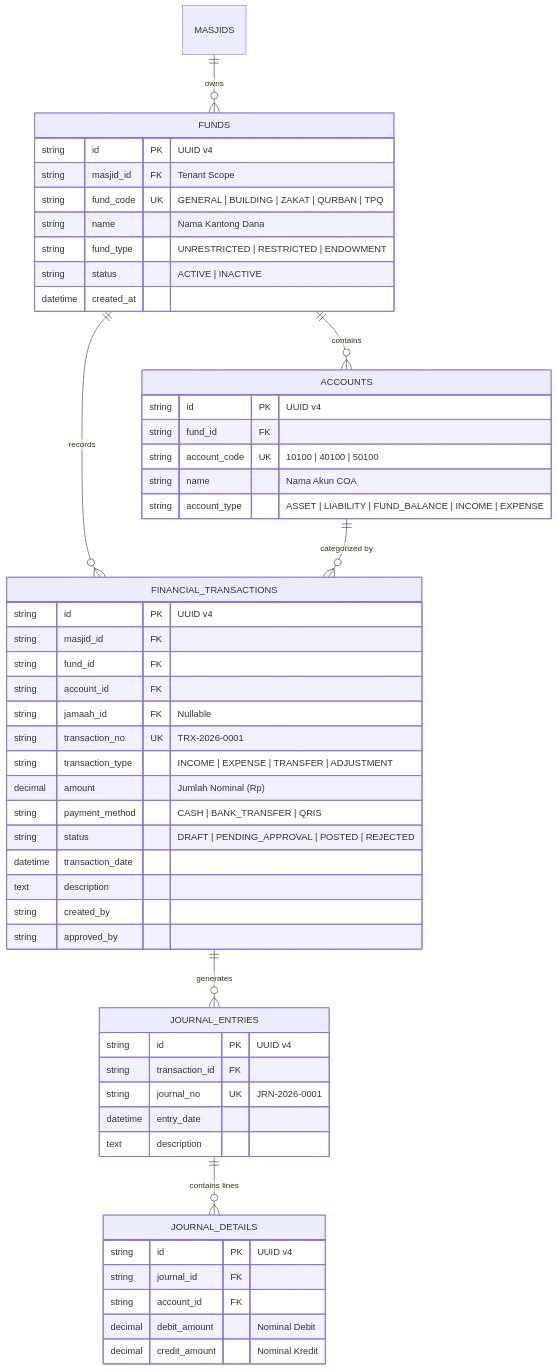
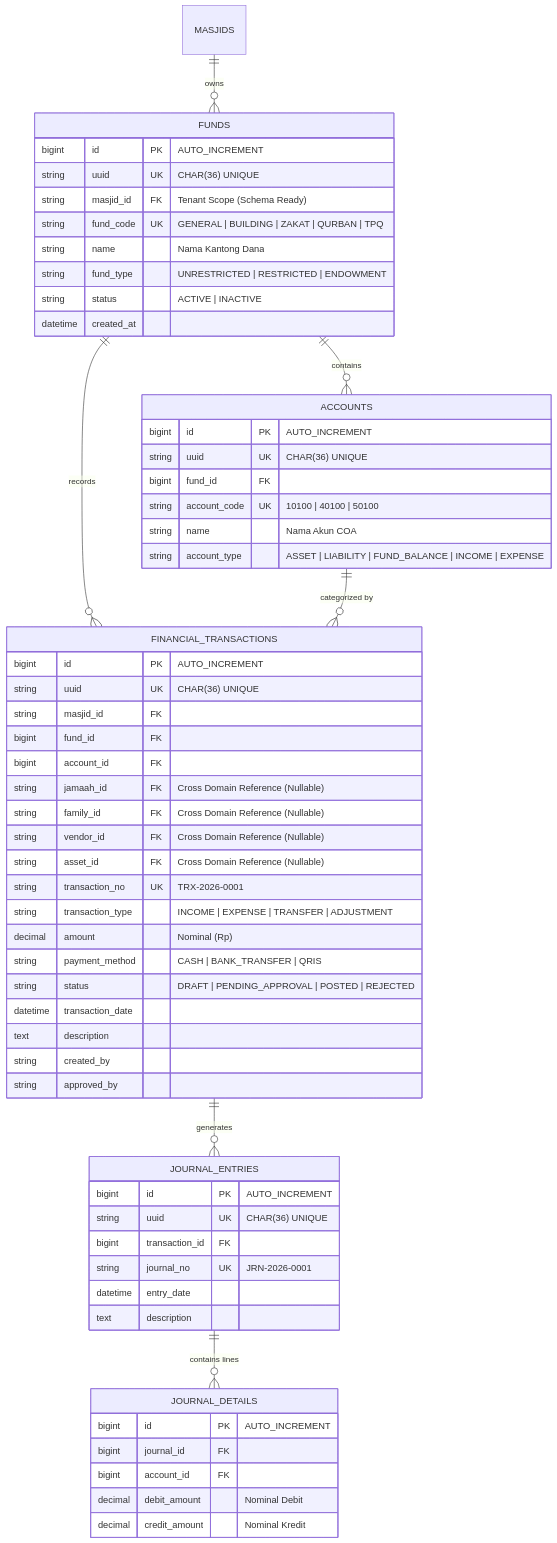
The diagram in docs/FINANCIAL_DOMAIN_ANALYSIS.md (GBU-Project/MasjidCMS), drawn with Mermaid before and after one commit. The commit also changed other lines of this file and 1 other file, not shown here.

Commit message:
docs(finance): align financial architecture with sad v1.1

````diff
--- a/docs/FINANCIAL_DOMAIN_ANALYSIS.md
+++ b/docs/FINANCIAL_DOMAIN_ANALYSIS.md
@@ -209,60 +178,67 @@
 ```mermaid
 erDiagram
     MASJIDS ||--o{ FUNDS : "owns"
     FUNDS ||--o{ ACCOUNTS : "contains"
     FUNDS ||--o{ FINANCIAL_TRANSACTIONS : "records"
     ACCOUNTS ||--o{ FINANCIAL_TRANSACTIONS : "categorized by"
     FINANCIAL_TRANSACTIONS ||--o{ JOURNAL_ENTRIES : "generates"
     JOURNAL_ENTRIES ||--o{ JOURNAL_DETAILS : "contains lines"
 
     FUNDS {
-        string id PK "UUID v4"
-        string masjid_id FK "Tenant Scope"
+        bigint id PK "AUTO_INCREMENT"
+        string uuid UK "CHAR(36) UNIQUE"
+        string masjid_id FK "Tenant Scope (Schema Ready)"
         string fund_code UK "GENERAL | BUILDING | ZAKAT | QURBAN | TPQ"
         string name "Nama Kantong Dana"
         string fund_type "UNRESTRICTED | RESTRICTED | ENDOWMENT"
         string status "ACTIVE | INACTIVE"
         datetime created_at
     }
 
     ACCOUNTS {
-        string id PK "UUID v4"
-        string fund_id FK
+        bigint id PK "AUTO_INCREMENT"
+        string uuid UK "CHAR(36) UNIQUE"
+        bigint fund_id FK
         string account_code UK "10100 | 40100 | 50100"
         string name "Nama Akun COA"
         string account_type "ASSET | LIABILITY | FUND_BALANCE | INCOME | EXPENSE"
     }
 
     FINANCIAL_TRANSACTIONS {
-        string id PK "UUID v4"
+        bigint id PK "AUTO_INCREMENT"
+        string uuid UK "CHAR(36) UNIQUE"
         string masjid_id FK
-        string fund_id FK
-        string account_id FK
-        string jamaah_id FK "Nullable"
+        bigint fund_id FK
+        bigint account_id FK
+        string jamaah_id FK "Cross Domain Reference (Nullable)"
+        string family_id FK "Cross Domain Reference (Nullable)"
+        string vendor_id FK "Cross Domain Reference (Nullable)"
+        string asset_id FK "Cross Domain Reference (Nullable)"
         string transaction_no UK "TRX-2026-0001"
         string transaction_type "INCOME | EXPENSE | TRANSFER | ADJUSTMENT"
-        decimal amount "Jumlah Nominal (Rp)"
+        decimal amount "Nominal (Rp)"
         string payment_method "CASH | BANK_TRANSFER | QRIS"
         string status "DRAFT | PENDING_APPROVAL | POSTED | REJECTED"
         datetime transaction_date
         text description
         string created_by
         string approved_by
     }
 
     JOURNAL_ENTRIES {
-        string id PK "UUID v4"
-        string transaction_id FK
+        bigint id PK "AUTO_INCREMENT"
+        string uuid UK "CHAR(36) UNIQUE"
+        bigint transaction_id FK
         string journal_no UK "JRN-2026-0001"
         datetime entry_date
         text description
     }
 
     JOURNAL_DETAILS {
-        string id PK "UUID v4"
-        string journal_id FK
-        string account_id FK
+        bigint id PK "AUTO_INCREMENT"
+        bigint journal_id FK
+        bigint account_id FK
         decimal debit_amount "Nominal Debit"
         decimal credit_amount "Nominal Kredit"
     }
 ```
````
